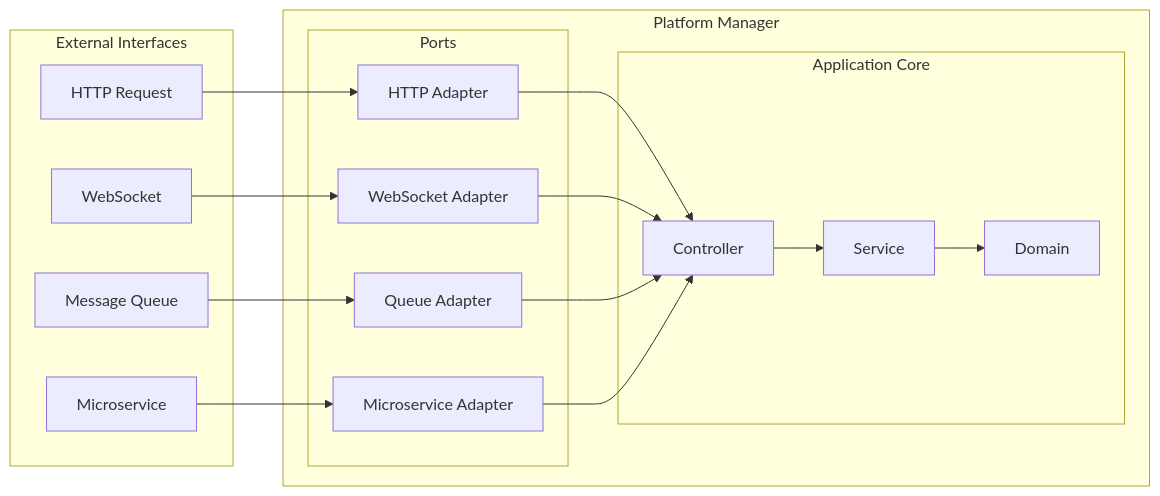
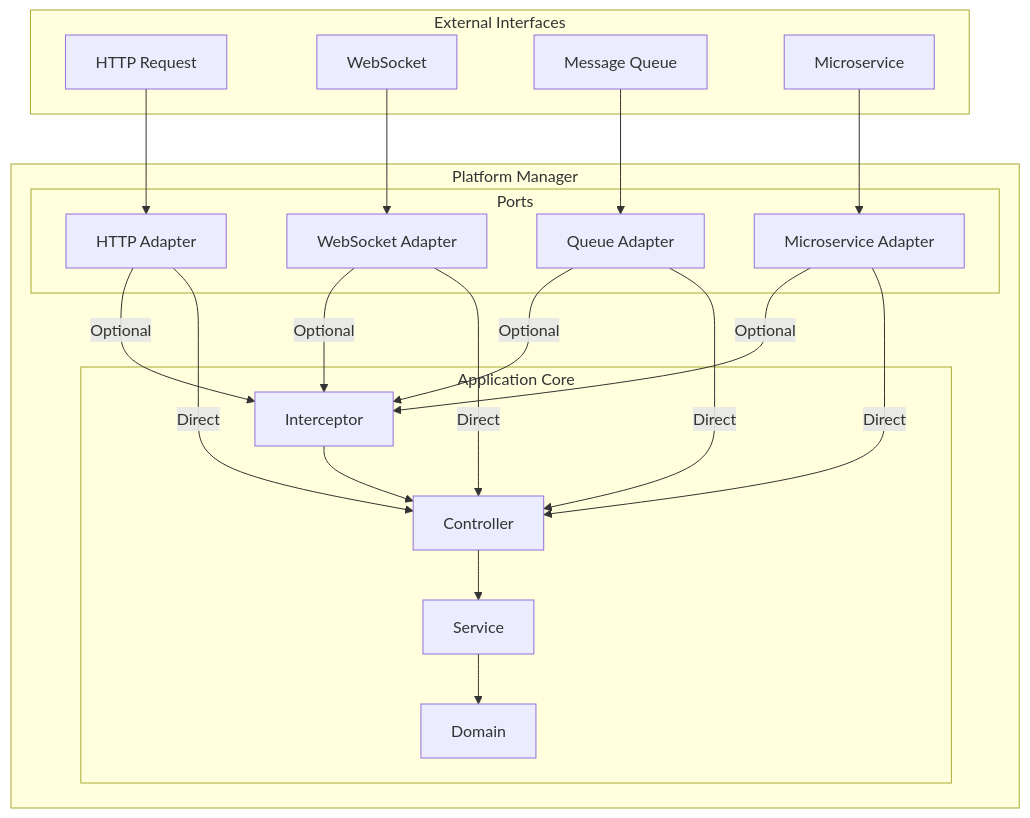
The diagram in README.md (albasyir/hexagonal-platform-manager), drawn with Mermaid before and after one commit.

Commit message:
refactor: update architecture diagram in README to use top-down layout and clarify adapter interactions

````diff
--- a/README.md
+++ b/README.md
@@ -15,37 +15,50 @@
 ```mermaid
-graph LR
+graph TD
     subgraph "External Interfaces"
         HTTP[HTTP Request]
         WS[WebSocket]
         MQ[Message Queue]
         MS[Microservice]
     end
 
     subgraph "Platform Manager"
         subgraph "Ports"
             HTTPAdapter[HTTP Adapter]
             WSAdapter[WebSocket Adapter]
             MQAdapter[Queue Adapter]
             MSAdapter[Microservice Adapter]
         end
 
         subgraph "Application Core"
+            Interceptor[Interceptor]
             Controller[Controller]
             Service[Service]
             Domain[Domain]
         end
     end
 
+    %% External to Adapters
     HTTP --> HTTPAdapter
     WS --> WSAdapter
     MQ --> MQAdapter
     MS --> MSAdapter
 
-    HTTPAdapter --> Controller
-    WSAdapter --> Controller
-    MQAdapter --> Controller
-    MSAdapter --> Controller
+    %% Adapters to Core (with optional interceptor)
+    HTTPAdapter -->|Optional| Interceptor
+    WSAdapter -->|Optional| Interceptor
+    MQAdapter -->|Optional| Interceptor
+    MSAdapter -->|Optional| Interceptor
 
+    %% Direct path to Controller
+    HTTPAdapter -->|Direct| Controller
+    WSAdapter -->|Direct| Controller
+    MQAdapter -->|Direct| Controller
+    MSAdapter -->|Direct| Controller
+
+    %% Interceptor to Controller
+    Interceptor --> Controller
+
+    %% Core flow
     Controller --> Service
     Service --> Domain
 ```
````
